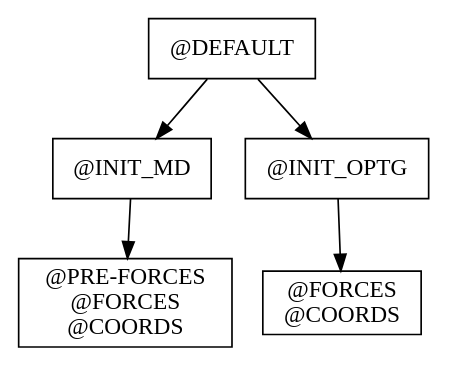
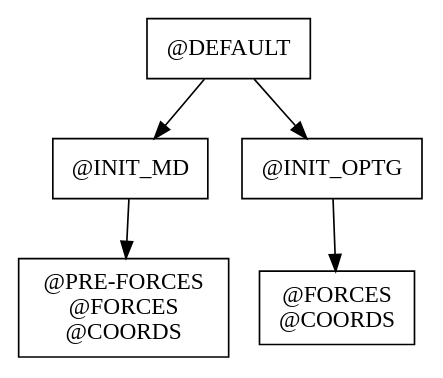
Before and after one commit to MolSSI-MDI/MDI_lammps: the diagram in report/graphs/node-report.gv, drawn with Graphviz. The commit also changed 2 other files, not shown here.

Commit message:
Set graph margins

```diff
--- a/report/graphs/node-report.gv
+++ b/report/graphs/node-report.gv
@@ -1,15 +1,15 @@
 // Node Report
 digraph {
-	"@DEFAULT" [label="@DEFAULT" shape=box]
-	"@INIT_MD" [label="@INIT_MD" shape=box]
+	"@DEFAULT" [label="@DEFAULT" margin=0.1 shape=box]
+	"@INIT_MD" [label="@INIT_MD" margin=0.1 shape=box]
 	"@INIT_MD_" [label="@PRE-FORCES
 @FORCES
-@COORDS" shape=box]
-	"@INIT_OPTG" [label="@INIT_OPTG" shape=box]
+@COORDS" margin=0.1 shape=box]
+	"@INIT_OPTG" [label="@INIT_OPTG" margin=0.1 shape=box]
 	"@INIT_OPTG_" [label="@FORCES
-@COORDS" shape=box]
+@COORDS" margin=0.1 shape=box]
 	"@DEFAULT" -> "@INIT_MD"
 	"@DEFAULT" -> "@INIT_OPTG"
 	"@INIT_MD" -> "@INIT_MD_"
 	"@INIT_OPTG" -> "@INIT_OPTG_"
 }
```
